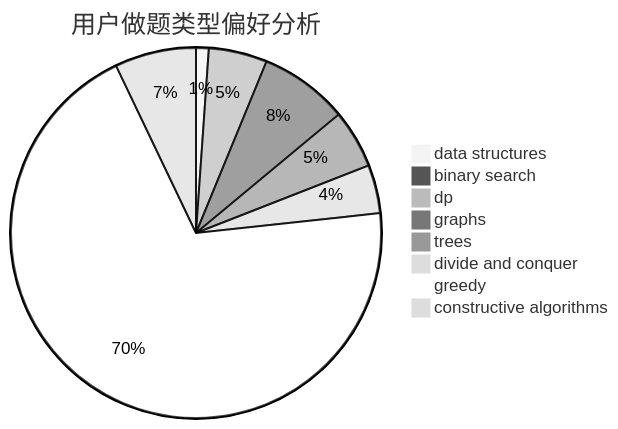
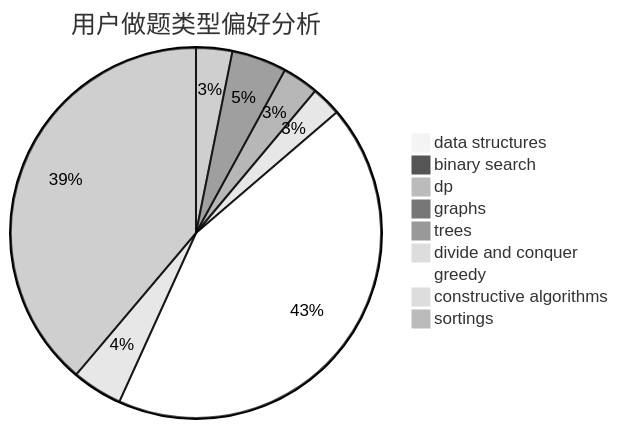
Before and after one commit to sherpahu/cfrs.github.io: the second of 3 diagrams in docs/user/u2072.md, drawn with Mermaid (neutral theme). The commit also changed other lines of this file and 2769 other files, not shown here.

````diff
--- a/docs/user/u2072.md
+++ b/docs/user/u2072.md
@@ -23,11 +18,12 @@
 ```mermaid
 pie title 用户做题类型偏好分析
     "data structures" :  5
     "binary search" :  0
     "dp" :  23
     "graphs" :  35
     "trees" :  23
     "divide and conquer" :  19
     "greedy" :  314
     "constructive algorithms" :  32
+    "sortings" :  283
 ```
````
